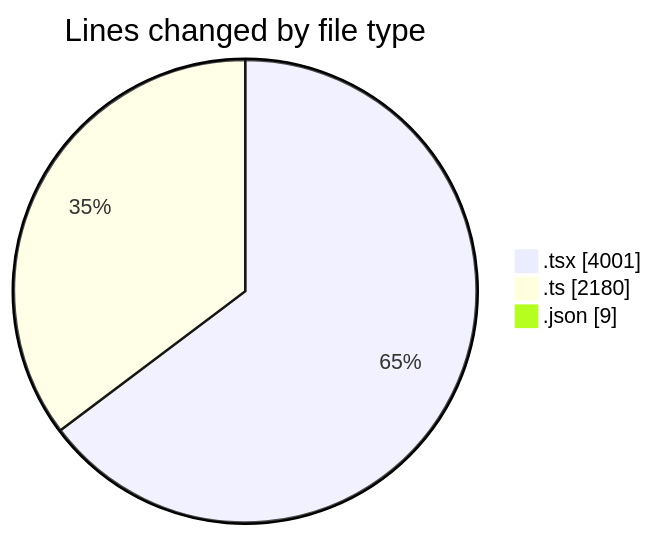
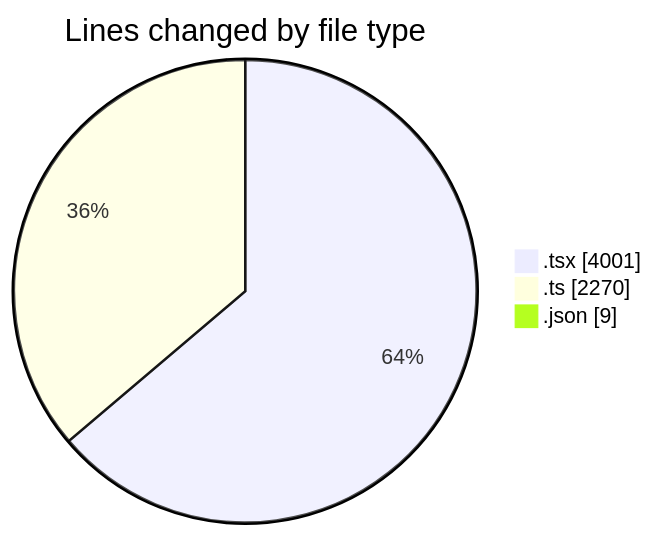
The first of 2 diagrams in 2025-10-15/eventscop-frontend-guide__workspace_/README.md (julien-gomy/code-tracking), drawn with Mermaid before and after one commit. The commit also changed other lines of this file and 1 other file, not shown here.

````diff
--- a/2025-10-15/eventscop-frontend-guide__workspace_/README.md
+++ b/2025-10-15/eventscop-frontend-guide__workspace_/README.md
@@ -47,7 +48,7 @@
 ```mermaid
 pie showData
 title Lines changed by file type
 ".tsx" : 4001
-".ts" : 2180
+".ts" : 2270
 ".json" : 9
 ```
````
